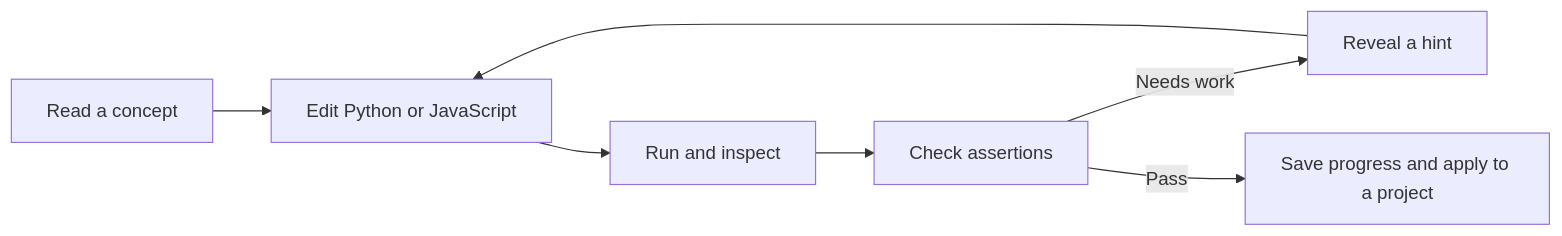
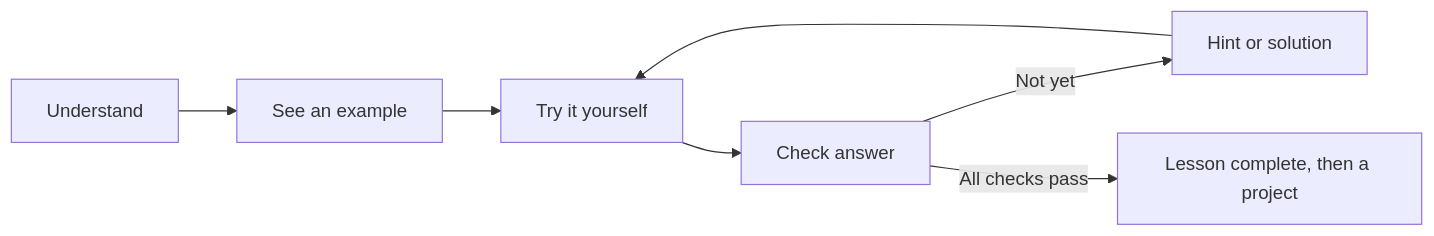
The diagram in README.md (ShmalexM/ml-workshop), drawn with Mermaid before and after one commit. The commit also changed other lines of this file and 2 other files, not shown here.

````diff
--- a/README.md
+++ b/README.md
@@ -103,9 +102,9 @@
 ```mermaid
 flowchart LR
-  A[Read a concept] --> B[Edit Python or JavaScript]
-  B --> C[Run and inspect]
-  C --> D[Check assertions]
-  D -->|Needs work| E[Reveal a hint]
-  E --> B
-  D -->|Pass| F[Save progress and apply to a project]
+  A[Understand] --> B[See an example]
+  B --> C[Try it yourself]
+  C --> D[Check answer]
+  D -->|Not yet| E[Hint or solution]
+  E --> C
+  D -->|All checks pass| F[Lesson complete, then a project]
 ```
````
